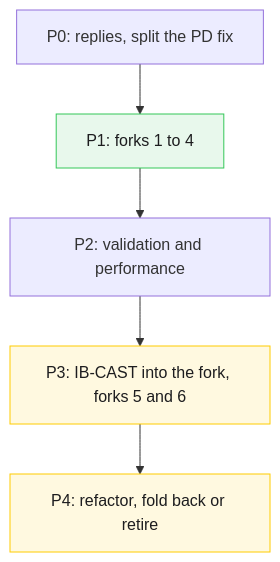
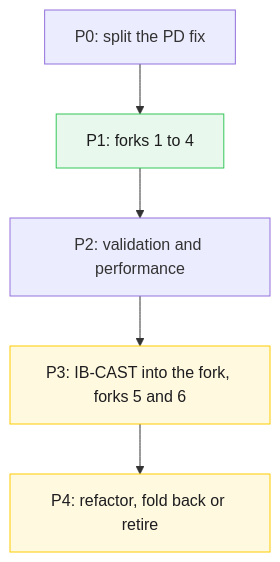
One commit to ROCm/rocm-systems changed the fourth of 7 diagrams in projects/rccl/docs/design/multi_segment_fork_plugin.md. Above: the diagram before and after it, drawn with Mermaid. The commit also changed other lines of this file and 19 other files, not shown here.

````diff
--- a/projects/rccl/docs/design/multi_segment_fork_plugin.md
+++ b/projects/rccl/docs/design/multi_segment_fork_plugin.md
@@ -172,12 +159,12 @@
 ```mermaid
 %% caption: Plan phases
 flowchart TD
- p0["P0: replies, split the PD fix"] --> p1["P1: forks 1 to 4"]
+ p0["P0: split the PD fix"] --> p1["P1: forks 1 to 4"]
  p1 --> p2["P2: validation and performance"]
  p2 --> p3["P3: IB-CAST into the fork, forks 5 and 6"]
  p3 --> p4["P4: refactor, fold back or retire"]
  classDef done fill:#e8f8ec,stroke:#34c759,color:#1d1d1f
  classDef planned fill:#fff9e0,stroke:#ffcc00,color:#1d1d1f
  class p1 done
  class p3,p4 planned
 ```
````
